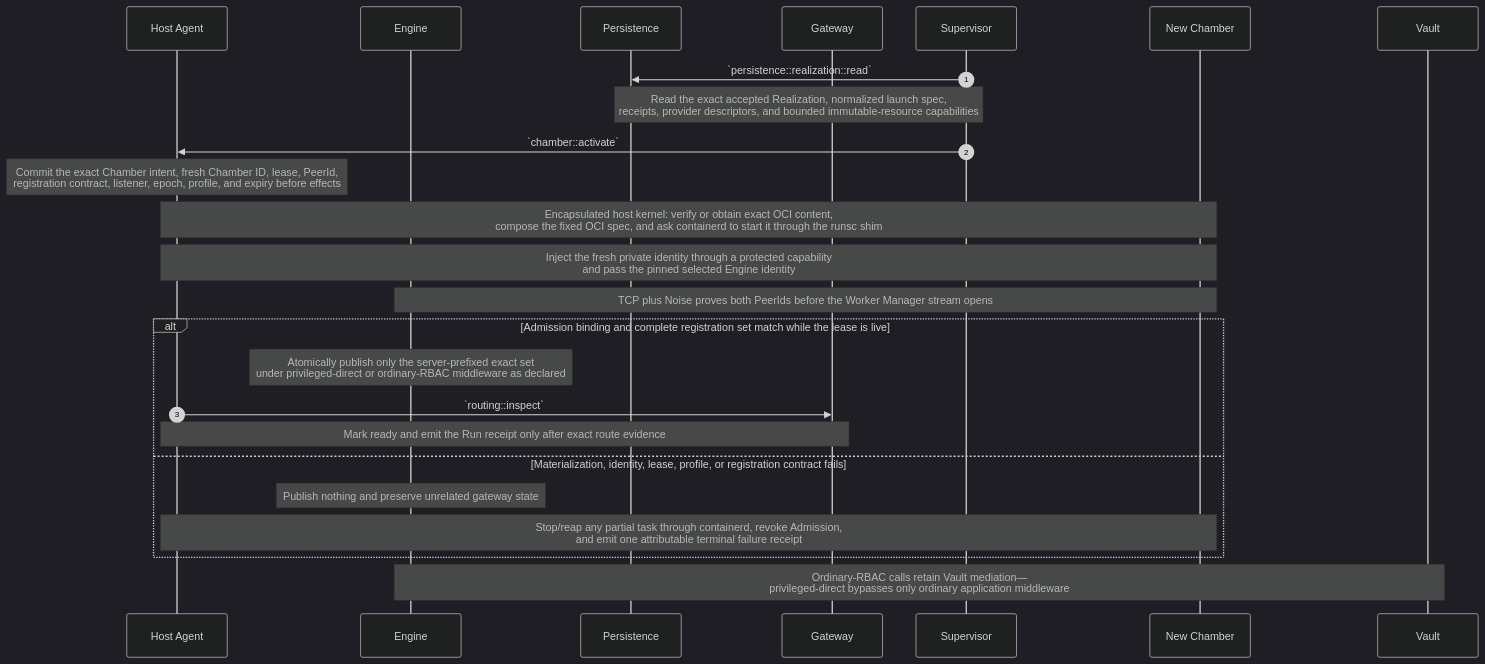
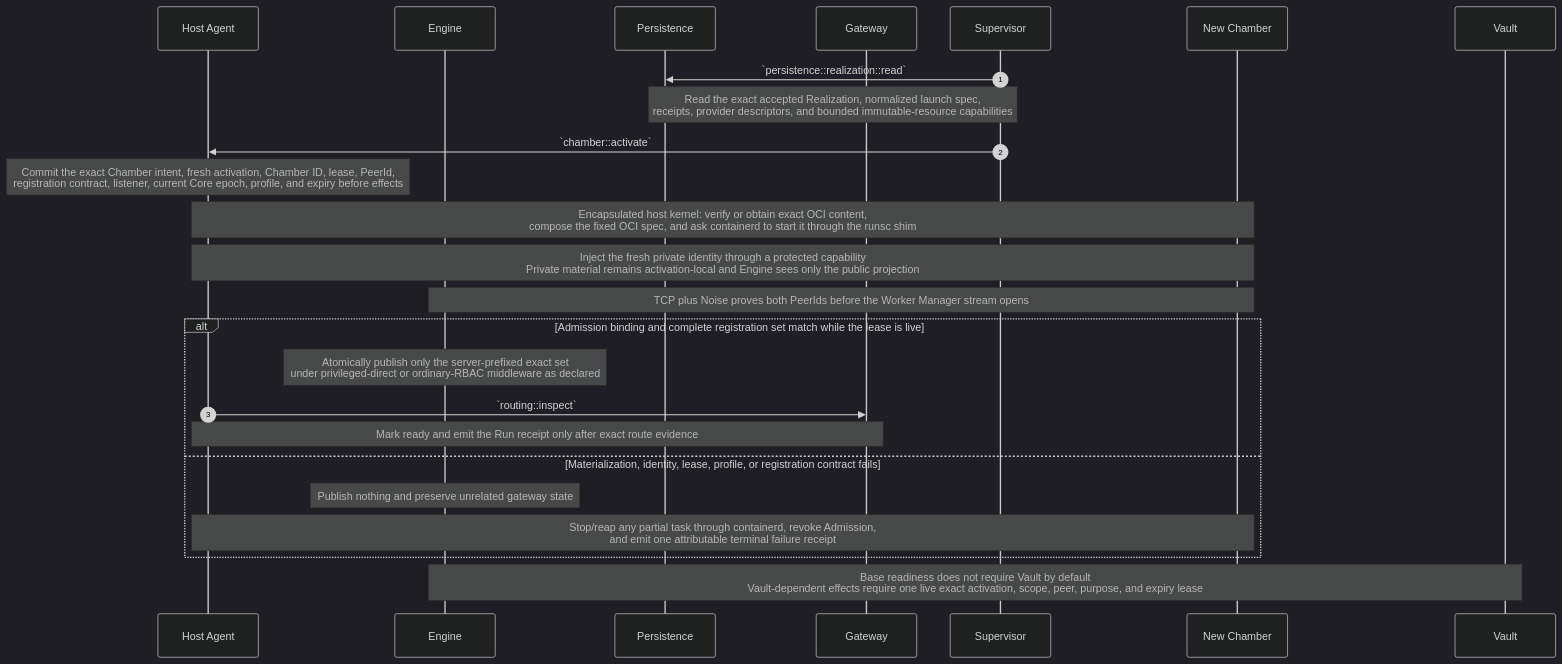
One commit to dreamcatcher-tech/chambers-lifecycle-explorer changed the eighth of 18 diagrams in source/chambers-lifecycle-sequences.md. Above: the diagram before and after it, drawn with Mermaid (dark theme). The commit also changed other lines of this file and 13 other files, not shown here.

````diff
--- a/source/chambers-lifecycle-sequences.md
+++ b/source/chambers-lifecycle-sequences.md
@@ -743,28 +749,28 @@
 ```mermaid
 sequenceDiagram
     autonumber
     participant HostAgent as Host Agent
     participant Engine
     participant Persistence
     participant Gateway as Gateway
     participant Supervisor
     participant Chamber as New Chamber
     participant Vault
 
     Supervisor->>Persistence: `persistence::realization::read`
     Note over Supervisor,Persistence: Read the exact accepted Realization, normalized launch spec,<br/>receipts, provider descriptors, and bounded immutable-resource capabilities
     Supervisor->>HostAgent: `chamber::activate`
-    Note over HostAgent: Commit the exact Chamber intent, fresh Chamber ID, lease, PeerId,<br/>registration contract, listener, epoch, profile, and expiry before effects
+    Note over HostAgent: Commit the exact Chamber intent, fresh activation, Chamber ID, lease, PeerId,<br/>registration contract, listener, current Core epoch, profile, and expiry before effects
     Note over HostAgent,Chamber: Encapsulated host kernel: verify or obtain exact OCI content,<br/>compose the fixed OCI spec, and ask containerd to start it through the runsc shim
-    Note over HostAgent,Chamber: Inject the fresh private identity through a protected capability<br/>and pass the pinned selected Engine identity
+    Note over HostAgent,Chamber: Inject the fresh private identity through a protected capability<br/>Private material remains activation-local and Engine sees only the public projection
     Note over Chamber,Engine: TCP plus Noise proves both PeerIds before the Worker Manager stream opens
     alt Admission binding and complete registration set match while the lease is live
         Note over Engine: Atomically publish only the server-prefixed exact set<br/>under privileged-direct or ordinary-RBAC middleware as declared
         HostAgent->>Gateway: `routing::inspect`
         Note over HostAgent,Gateway: Mark ready and emit the Run receipt only after exact route evidence
     else Materialization, identity, lease, profile, or registration contract fails
         Note over Engine: Publish nothing and preserve unrelated gateway state
         Note over HostAgent,Chamber: Stop/reap any partial task through containerd, revoke Admission,<br/>and emit one attributable terminal failure receipt
     end
-    Note over Engine,Vault: Ordinary-RBAC calls retain Vault mediation—<br/>privileged-direct bypasses only ordinary application middleware
+    Note over Engine,Vault: Base readiness does not require Vault by default<br/>Vault-dependent effects require one live exact activation, scope, peer, purpose, and expiry lease
 ```
````
